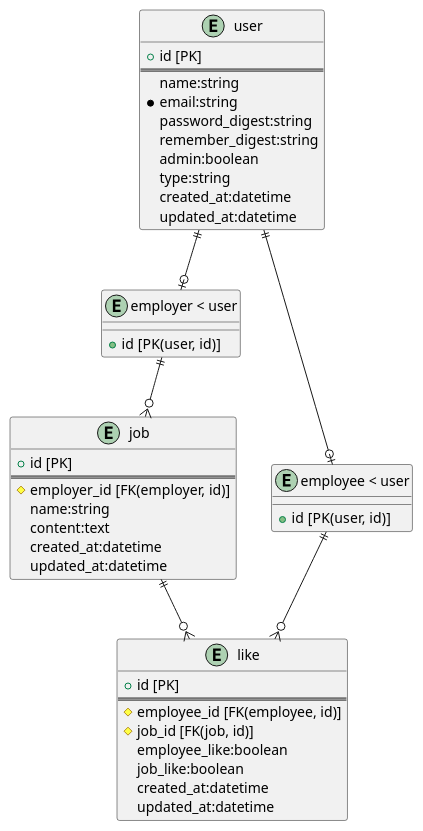
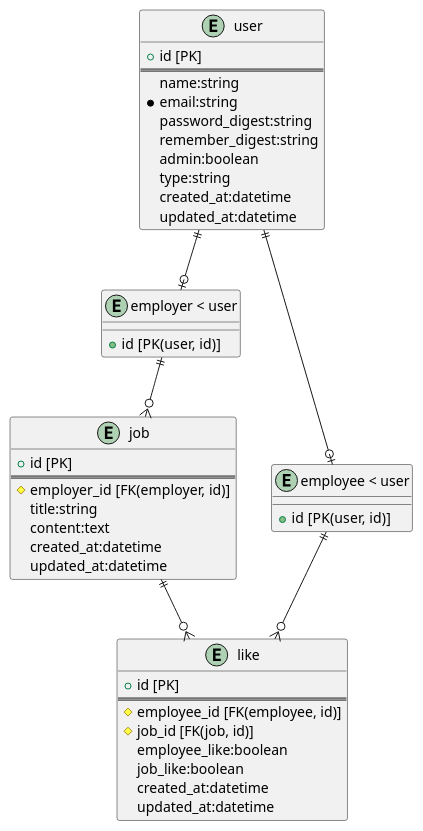
One commit to muryakami/Like-App changed the diagram in ER-diagram.puml. Above: the diagram before and after it, drawn with PlantUML. The commit also changed 1 other file, not shown here.

Commit message:
Update ER-diagram

```diff
--- a/ER-diagram.puml
+++ b/ER-diagram.puml
@@ -1,53 +1,53 @@
 @startuml prototype
 
 entity "user" {
   + id [PK]
   ==
   name:string
   * email:string
   password_digest:string
   remember_digest:string
   admin:boolean
   type:string
   created_at:datetime
   updated_at:datetime
 }
 
 entity "employer < user" as employer {
   + id [PK(user, id)]
 }
 
 entity "employee < user" as employee {
   + id [PK(user, id)]
 }
 
 entity "job" {
   + id [PK]
   ==
   # employer_id [FK(employer, id)]
-  name:string
+  title:string
   content:text
   created_at:datetime
   updated_at:datetime
 }
 
 entity "like" {
   + id [PK]
   ==
   # employee_id [FK(employee, id)]
   # job_id [FK(job, id)]
   employee_like:boolean
   job_like:boolean
   created_at:datetime
   updated_at:datetime
 }
 
 user ||--o| employer
 user ||--o| employee
 
 employer ||--o{ job
 
 job ||--o{ like
 employee ||--o{ like
 
 @enduml
```
